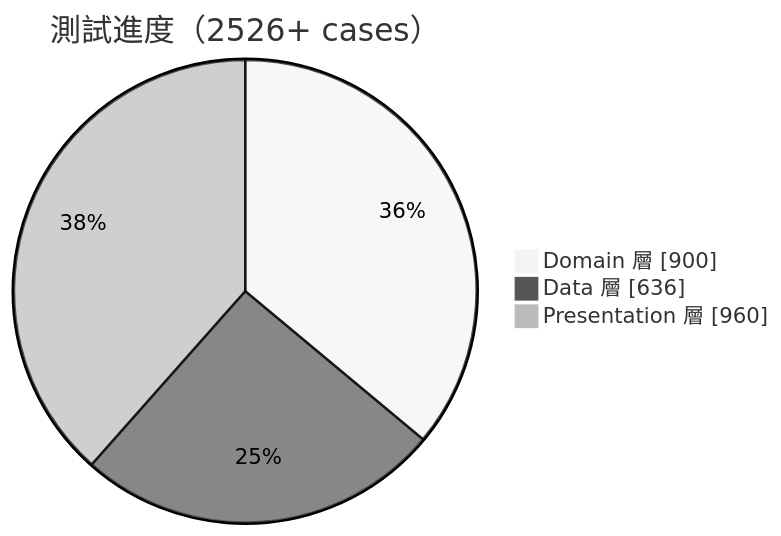
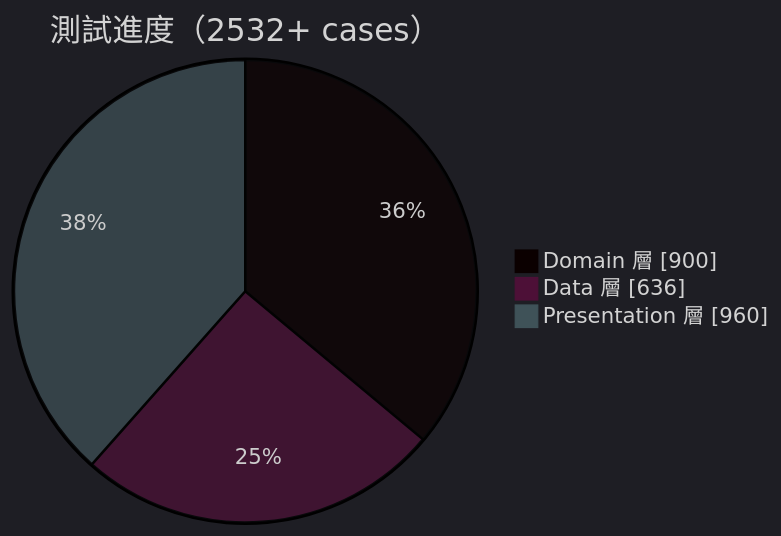
Before and after one commit to Neal75418/afterclose: the first of 3 diagrams in docs/TEST_COVERAGE_PLAN.md, drawn with Mermaid. The commit also changed other lines of this file and 5 other files, not shown here.

````diff
--- a/docs/TEST_COVERAGE_PLAN.md
+++ b/docs/TEST_COVERAGE_PLAN.md
@@ -9,7 +9,7 @@
 ```mermaid
-%%{init: {'theme': 'neutral'}}%%
-pie showData title 測試進度（2526+ cases）
+%%{init: {'theme': 'dark'}}%%
+pie showData title 測試進度（2532+ cases）
     "Domain 層" : 900
     "Data 層" : 636
     "Presentation 層" : 960
 ```
````
